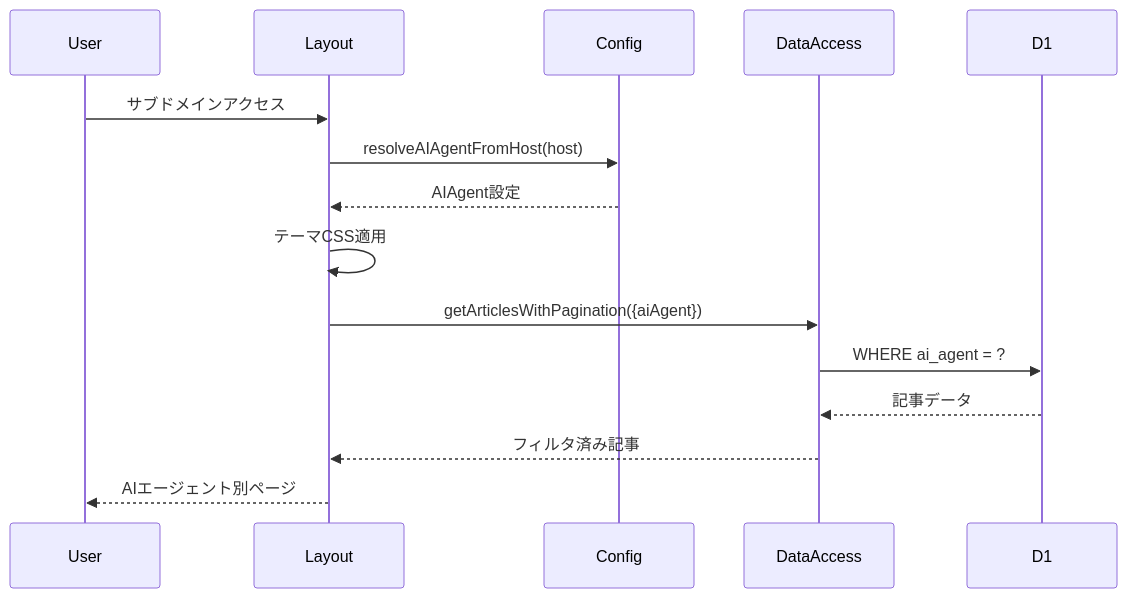
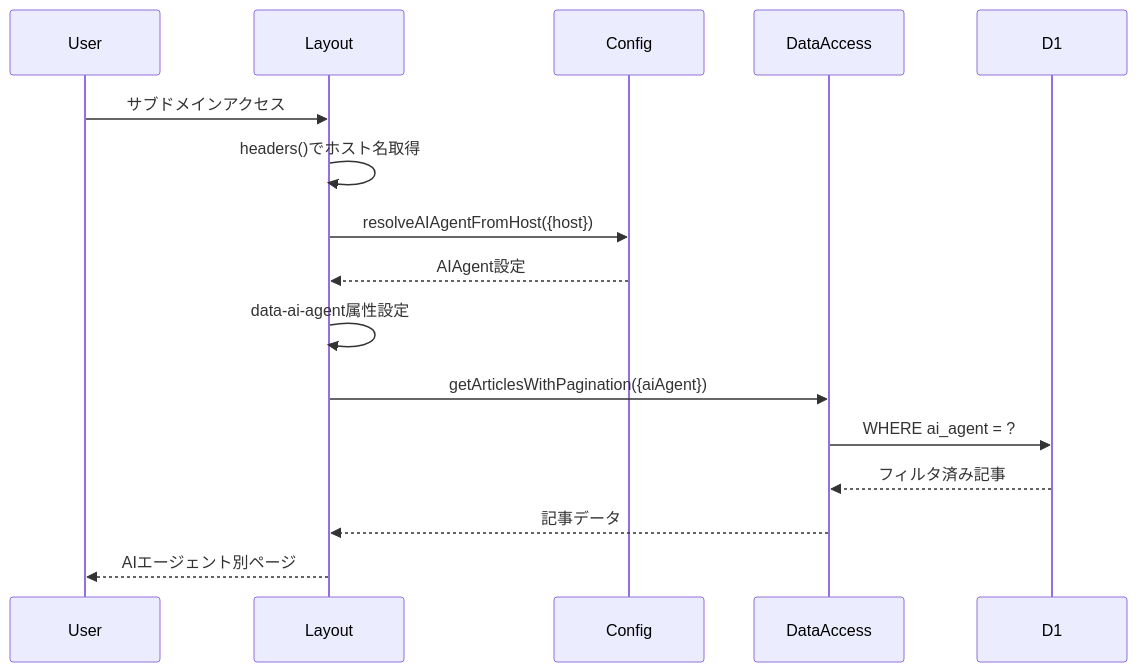
Before and after one commit to Suntory-Y-Water/cc-vault: the second of 2 diagrams in .kiro/specs/subdomain-routing/design.md, drawn with Mermaid. The commit also changed other lines of this file, not shown here.

````diff
--- a/.kiro/specs/subdomain-routing/design.md
+++ b/.kiro/specs/subdomain-routing/design.md
@@ -190,18 +199,19 @@
 ```mermaid
 sequenceDiagram
     participant User
     participant Layout
     participant Config
     participant DataAccess
     participant D1
 
     User->>Layout: サブドメインアクセス
-    Layout->>Config: resolveAIAgentFromHost(host)
+    Layout->>Layout: headers()でホスト名取得
+    Layout->>Config: resolveAIAgentFromHost({host})
     Config-->>Layout: AIAgent設定
-    Layout->>Layout: テーマCSS適用
+    Layout->>Layout: data-ai-agent属性設定
     Layout->>DataAccess: getArticlesWithPagination({aiAgent})
     DataAccess->>D1: WHERE ai_agent = ?
-    D1-->>DataAccess: 記事データ
-    DataAccess-->>Layout: フィルタ済み記事
+    D1-->>DataAccess: フィルタ済み記事
+    DataAccess-->>Layout: 記事データ
     Layout-->>User: AIエージェント別ページ
 ```
````
